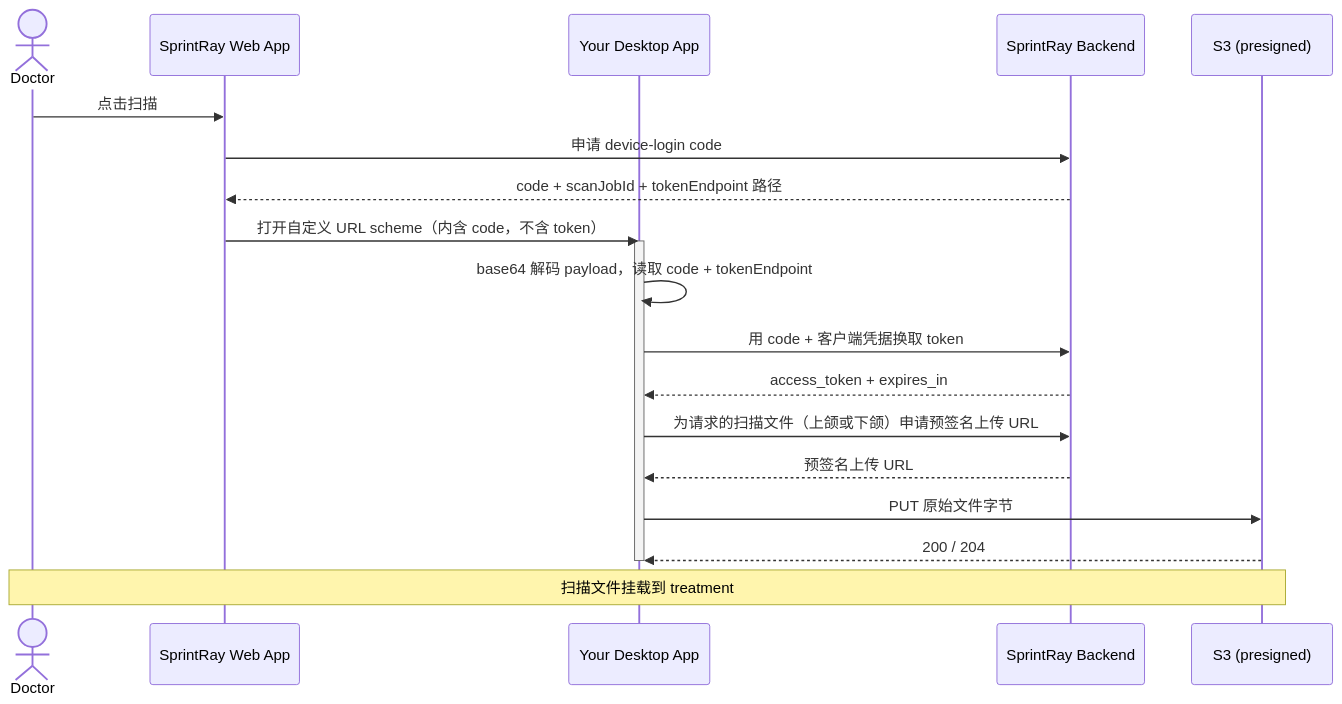
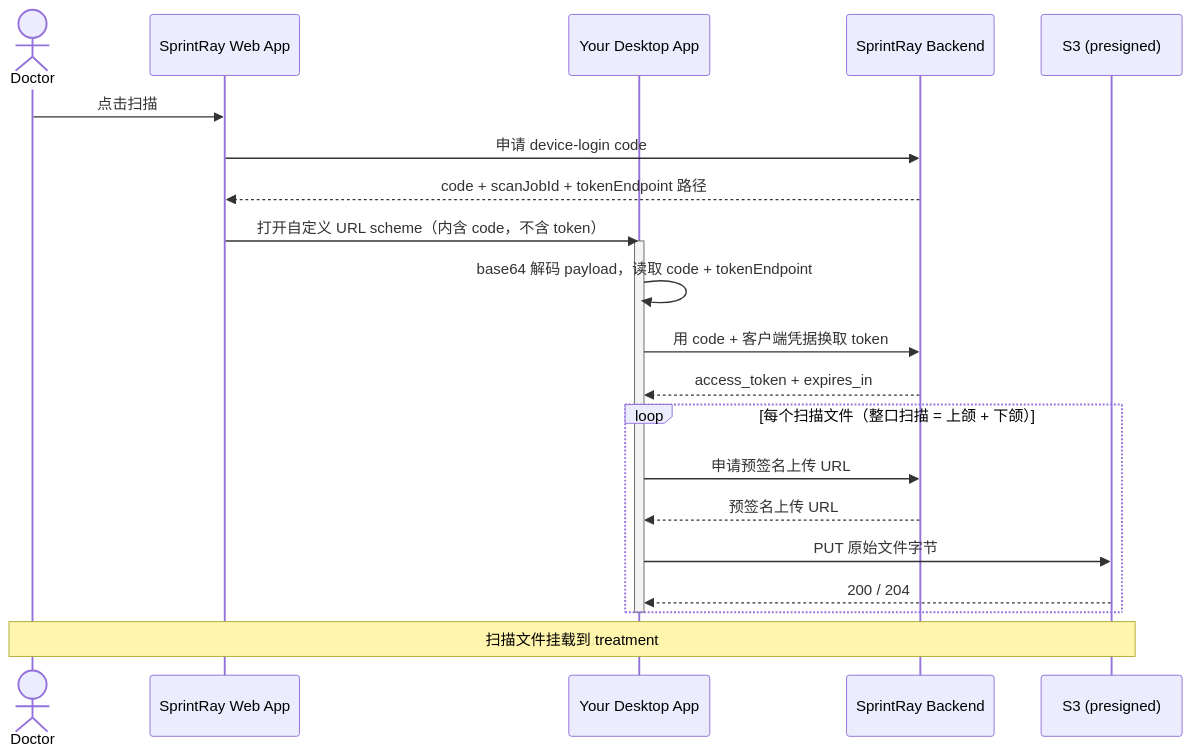
The diagram in README.zh-CN.md (SprintRay-Software/example-scan-app), drawn with Mermaid before and after one commit. The commit also changed other lines of this file and 6 other files, not shown here.

````diff
--- a/README.zh-CN.md
+++ b/README.zh-CN.md
@@ -35,23 +36,25 @@
 ```mermaid
 sequenceDiagram
     actor Doctor
     participant Web as SprintRay Web App
     participant App as Your Desktop App
     participant BE as SprintRay Backend
     participant S3 as S3 (presigned)
 
     Doctor->>Web: 点击扫描
     Web->>BE: 申请 device-login code
     BE-->>Web: code + scanJobId + tokenEndpoint 路径
     Web->>App: 打开自定义 URL scheme（内含 code，不含 token）
     activate App
     App->>App: base64 解码 payload，读取 code + tokenEndpoint
     App->>BE: 用 code + 客户端凭据换取 token
     BE-->>App: access_token + expires_in
-    App->>BE: 为请求的扫描文件（上颌或下颌）申请预签名上传 URL
-    BE-->>App: 预签名上传 URL
-    App->>S3: PUT 原始文件字节
-    S3-->>App: 200 / 204
+    loop 每个扫描文件（整口扫描 = 上颌 + 下颌）
+        App->>BE: 申请预签名上传 URL
+        BE-->>App: 预签名上传 URL
+        App->>S3: PUT 原始文件字节
+        S3-->>App: 200 / 204
+    end
     deactivate App
     Note over Doctor,S3: 扫描文件挂载到 treatment
 ```
````
